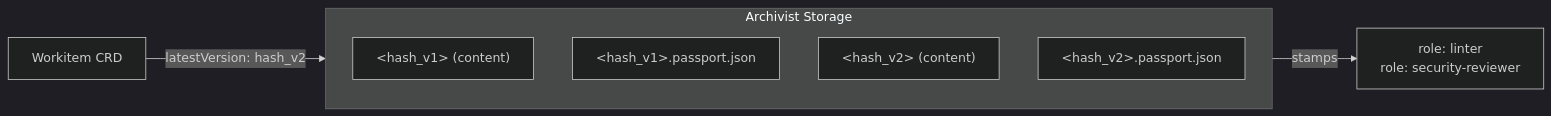
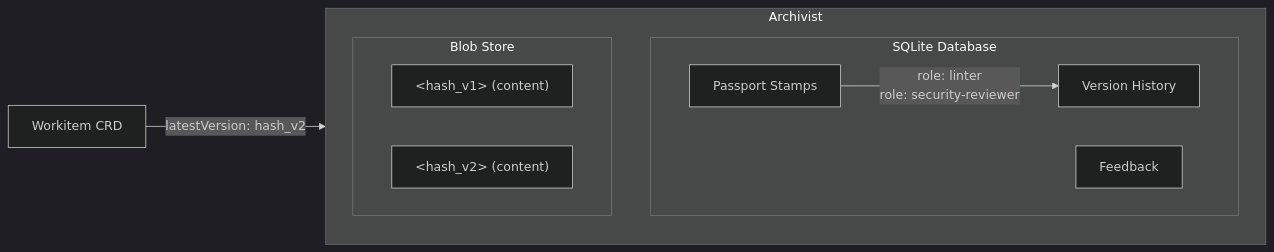
One commit to really-knows-ai/gideas changed the second of 3 diagrams in 01-concepts/02-data-model.md. Above: the diagram before and after it, drawn with Mermaid (dark theme). The commit also changed other lines of this file and 3 other files, not shown here.

Commit message:
Refine artefact management details in documentation, clarifying the roles of the Archivist, Workitem CRD, and SDK interactions

````diff
--- a/01-concepts/02-data-model.md
+++ b/01-concepts/02-data-model.md
@@ -235,12 +228,17 @@
 ```mermaid
 graph LR
-    subgraph Archivist["Archivist Storage"]
+    subgraph Archivist["Archivist"]
         direction TB
-        V1["&lt;hash_v1&gt; (content)"]
-        P1["&lt;hash_v1&gt;.passport.json"]
-        V2["&lt;hash_v2&gt; (content)"]
-        P2["&lt;hash_v2&gt;.passport.json"]
+        subgraph SQLite["SQLite Database"]
+            Versions["Version History"]
+            Stamps["Passport Stamps"]
+            FB["Feedback"]
+        end
+        subgraph Blobs["Blob Store"]
+            V1["&lt;hash_v1&gt; (content)"]
+            V2["&lt;hash_v2&gt; (content)"]
+        end
     end
-    WI["Workitem CRD"] -->|"latestVersion: hash_v2"| V2
-    P2 -->|stamps| Roles["role: linter<br/>role: security-reviewer"]
+    WI["Workitem CRD"] -->|"latestVersion: hash_v2"| Blobs
+    Stamps -->|"role: linter\nrole: security-reviewer"| Versions
 ```
````
